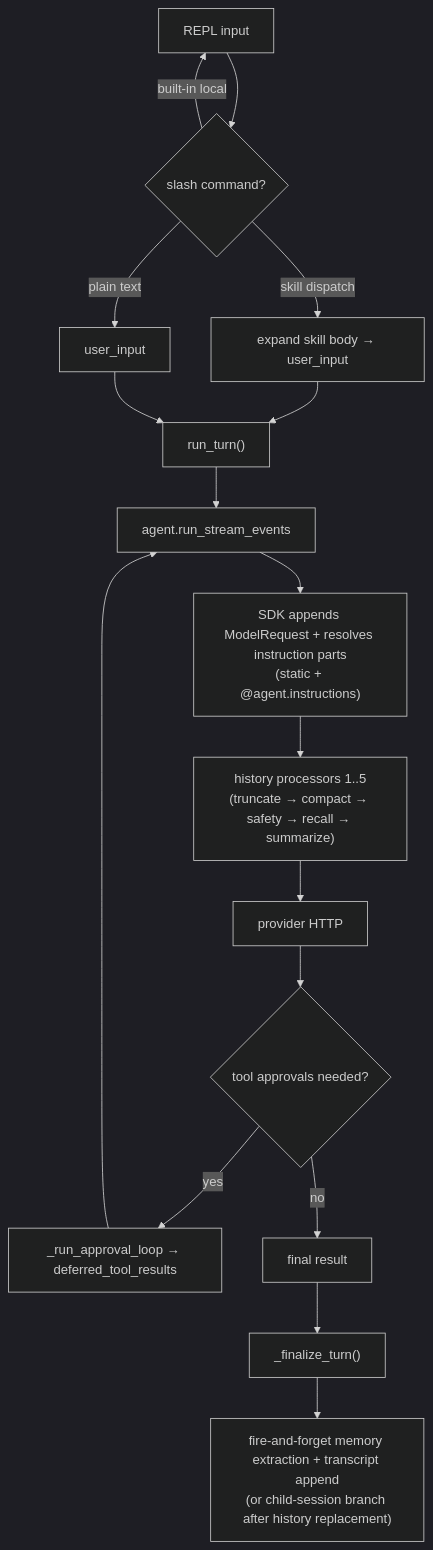
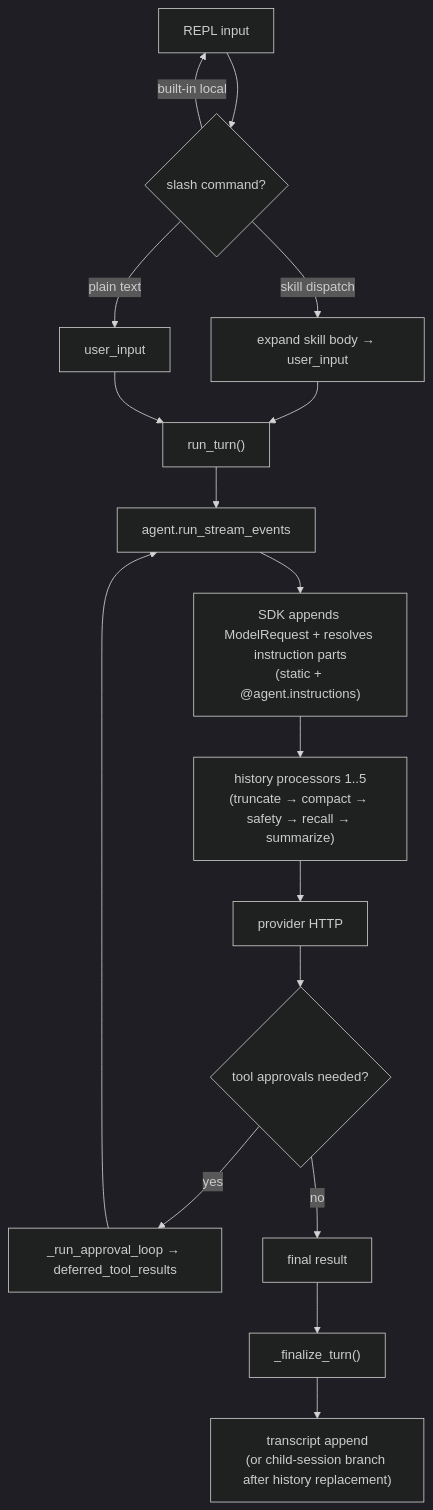
Before and after one commit to binlecode/co-cli: the first of 2 diagrams in docs/specs/core-loop.md, drawn with Mermaid (dark theme). The commit also changed other lines of this file and 204 other files, not shown here.

````diff
--- a/docs/specs/core-loop.md
+++ b/docs/specs/core-loop.md
@@ -31,21 +31,21 @@
 ```mermaid
 flowchart TD
     A["REPL input"] --> B{"slash command?"}
     B -->|built-in local| A
     B -->|skill dispatch| C["expand skill body → user_input"]
     B -->|plain text| D["user_input"]
     C --> E["run_turn()"]
     D --> E
 
     E --> F["agent.run_stream_events"]
     F --> G["SDK appends ModelRequest + resolves instruction parts<br/>(static + @agent.instructions)"]
     G --> H["history processors 1..5<br/>(truncate → compact → safety → recall → summarize)"]
     H --> I["provider HTTP"]
     I --> J{"tool approvals needed?"}
     J -->|yes| K["_run_approval_loop → deferred_tool_results"]
     K --> F
     J -->|no| L["final result"]
 
     L --> M["_finalize_turn()"]
-    M --> N["fire-and-forget memory extraction + transcript append<br/>(or child-session branch after history replacement)"]
+    M --> N["transcript append<br/>(or child-session branch after history replacement)"]
 ```
````
